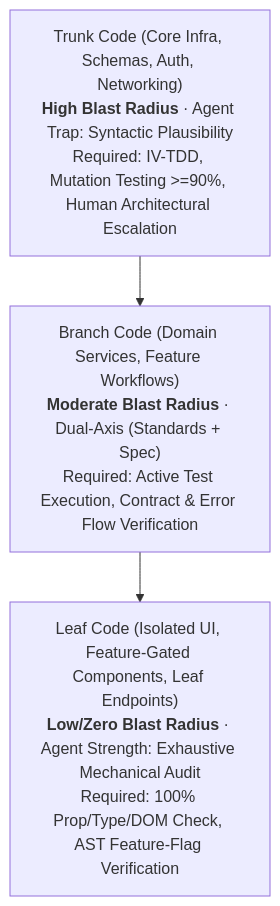
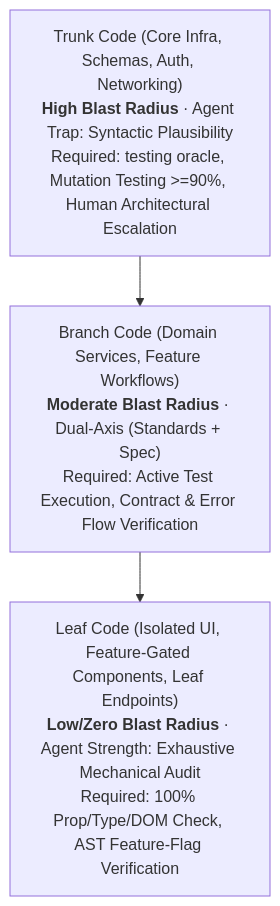
The diagram in skills/code-review/references/tree-concept-gradient.md (werlang/user-skills), drawn with Mermaid before and after one commit. The commit also changed other lines of this file and 22 other files, not shown here.

````diff
--- a/skills/code-review/references/tree-concept-gradient.md
+++ b/skills/code-review/references/tree-concept-gradient.md
@@ -8,9 +8,9 @@
 ```mermaid
 graph TD
-    Trunk["Trunk Code (Core Infra, Schemas, Auth, Networking)<br/><b>High Blast Radius</b> · Agent Trap: Syntactic Plausibility<br/>Required: IV-TDD, Mutation Testing >=90%, Human Architectural Escalation"]
+    Trunk["Trunk Code (Core Infra, Schemas, Auth, Networking)<br/><b>High Blast Radius</b> · Agent Trap: Syntactic Plausibility<br/>Required: testing oracle, Mutation Testing >=90%, Human Architectural Escalation"]
     Branch["Branch Code (Domain Services, Feature Workflows)<br/><b>Moderate Blast Radius</b> · Dual-Axis (Standards + Spec)<br/>Required: Active Test Execution, Contract & Error Flow Verification"]
     Leaf["Leaf Code (Isolated UI, Feature-Gated Components, Leaf Endpoints)<br/><b>Low/Zero Blast Radius</b> · Agent Strength: Exhaustive Mechanical Audit<br/>Required: 100% Prop/Type/DOM Check, AST Feature-Flag Verification"]
 
     Trunk --> Branch
     Branch --> Leaf
 ```
````
